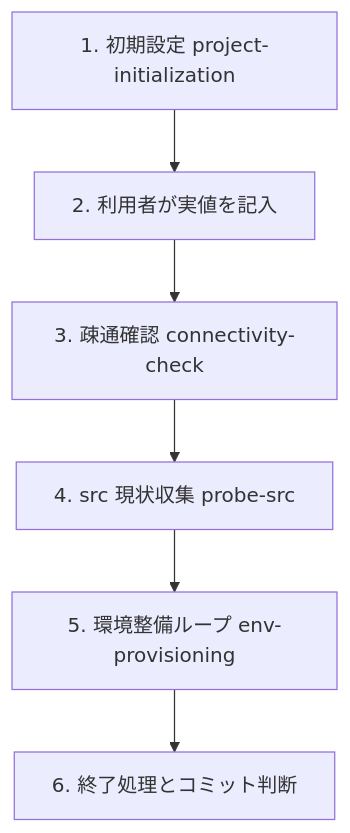
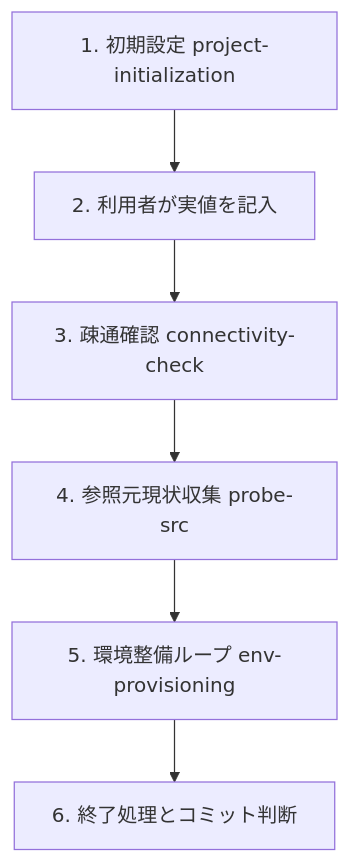
One commit to xzyozi/env_builder changed the diagram in .agent/references/workflow.md. Above: the diagram before and after it, drawn with Mermaid. The commit also changed other lines of this file and 11 other files, not shown here.

````diff
--- a/.agent/references/workflow.md
+++ b/.agent/references/workflow.md
@@ -8,8 +13,8 @@
 ```mermaid
 flowchart TD
     A[1. 初期設定 project-initialization] --> B[2. 利用者が実値を記入]
     B --> C[3. 疎通確認 connectivity-check]
-    C --> D[4. src 現状収集 probe-src]
+    C --> D[4. 参照元現状収集 probe-src]
     D --> E[5. 環境整備ループ env-provisioning]
     E --> F[6. 終了処理とコミット判断]
 ```
````
